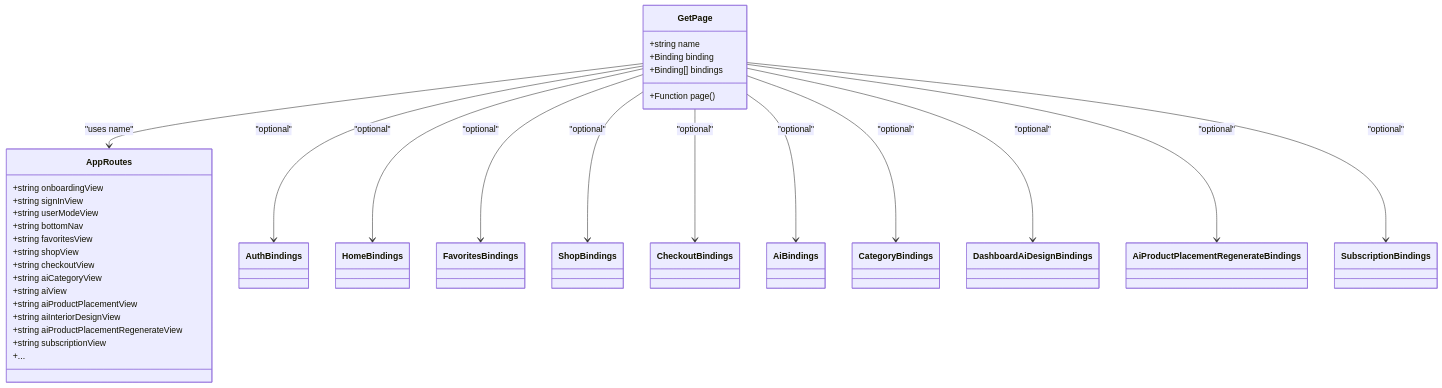
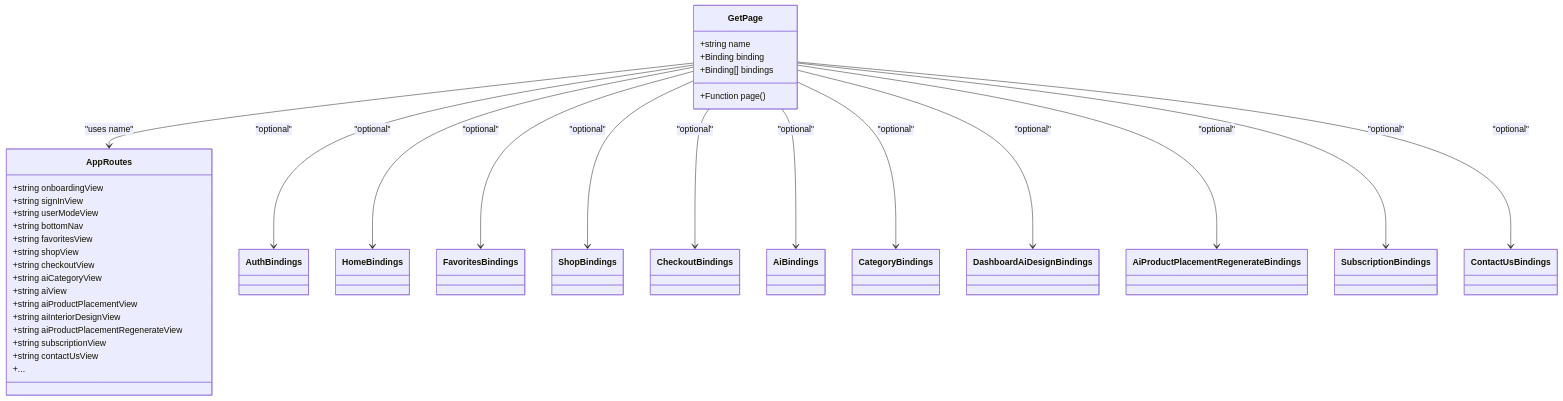
The fourth of 11 diagrams in .qoder/repowiki/en/content/Architecture Overview/Routing and Navigation.md (Ariful3111/FurniGo), drawn with Mermaid before and after one commit. The commit also changed other lines of this file and 9 other files, not shown here.

````diff
--- a/.qoder/repowiki/en/content/Architecture Overview/Routing and Navigation.md
+++ b/.qoder/repowiki/en/content/Architecture Overview/Routing and Navigation.md
@@ -276,46 +308,49 @@
 ```mermaid
 classDiagram
 class GetPage {
 +string name
 +Function page()
 +Binding binding
 +Binding[] bindings
 }
 class AppRoutes {
 +string onboardingView
 +string signInView
 +string userModeView
 +string bottomNav
 +string favoritesView
 +string shopView
 +string checkoutView
 +string aiCategoryView
 +string aiView
 +string aiProductPlacementView
 +string aiInteriorDesignView
 +string aiProductPlacementRegenerateView
 +string subscriptionView
++string contactUsView
 +...
 }
 class AuthBindings
 class HomeBindings
 class FavoritesBindings
 class ShopBindings
 class CheckoutBindings
 class AiBindings
 class CategoryBindings
 class DashboardAiDesignBindings
 class AiProductPlacementRegenerateBindings
 class SubscriptionBindings
+class ContactUsBindings
 GetPage --> AppRoutes : "uses name"
 GetPage --> AuthBindings : "optional"
 GetPage --> HomeBindings : "optional"
 GetPage --> FavoritesBindings : "optional"
 GetPage --> ShopBindings : "optional"
 GetPage --> CheckoutBindings : "optional"
 GetPage --> AiBindings : "optional"
 GetPage --> CategoryBindings : "optional"
 GetPage --> DashboardAiDesignBindings : "optional"
 GetPage --> AiProductPlacementRegenerateBindings : "optional"
 GetPage --> SubscriptionBindings : "optional"
+GetPage --> ContactUsBindings : "optional"
 ```
````
